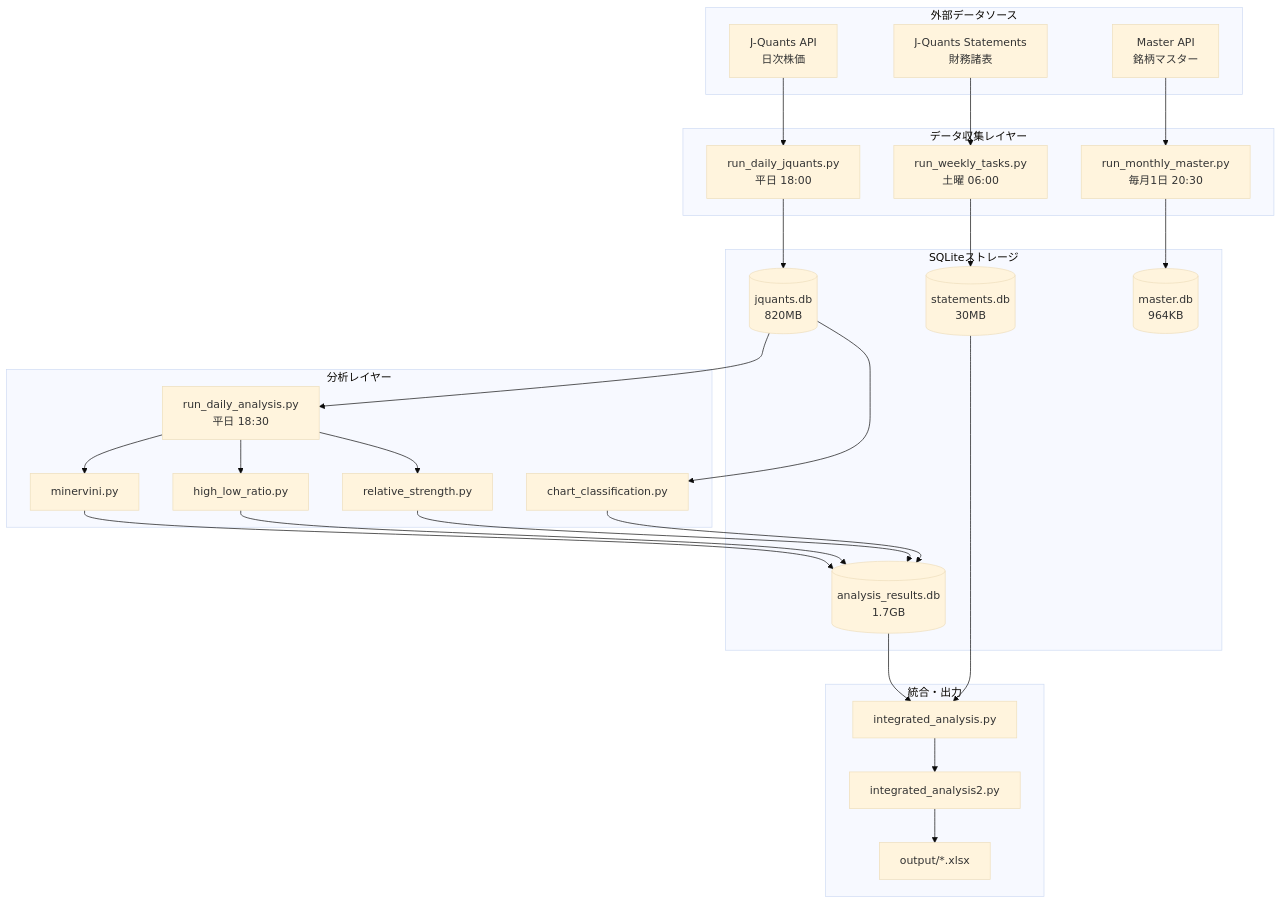
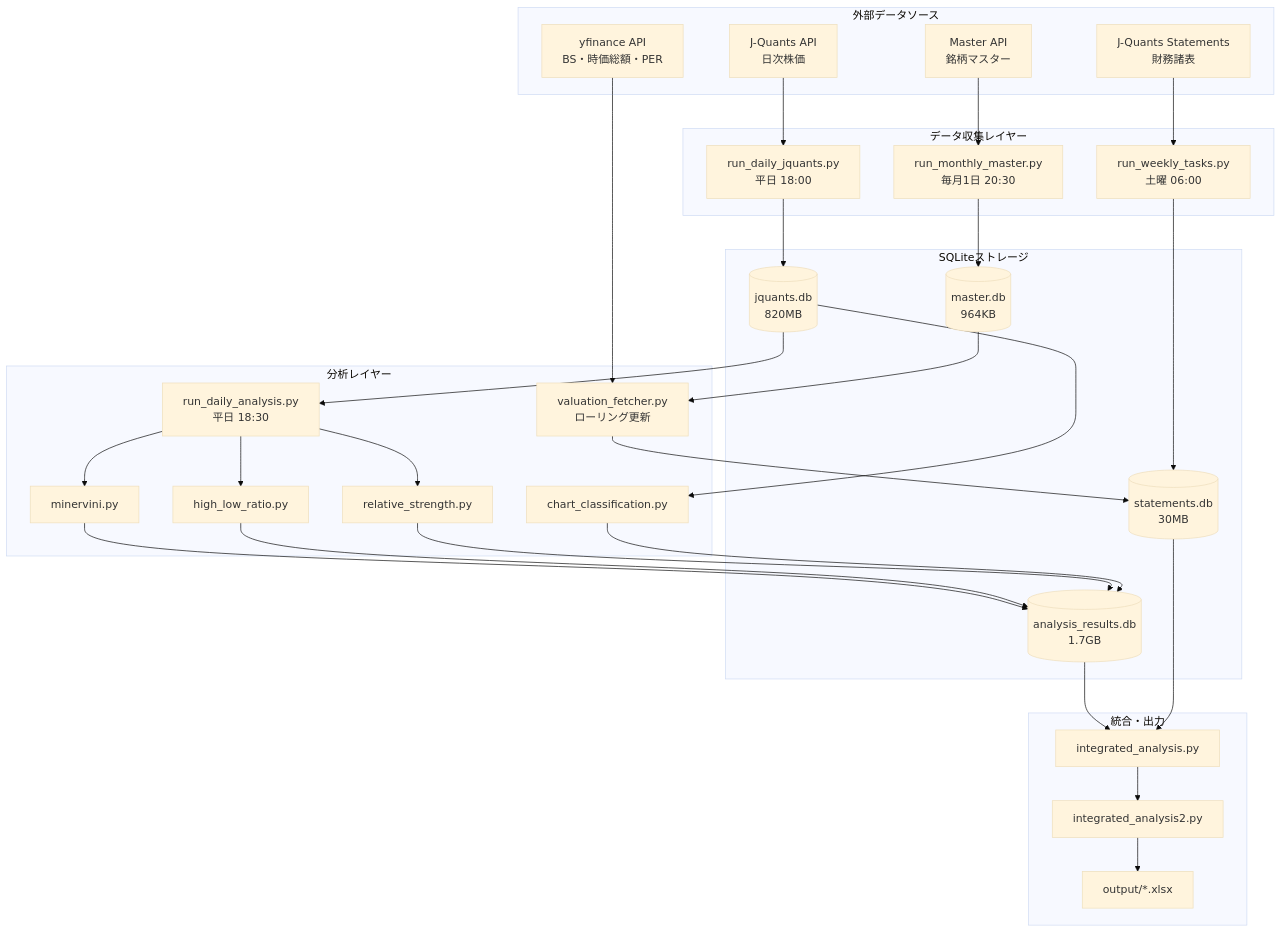
The first of 8 diagrams in docs/core/diagrams.md (aidotters/stock-analysis), drawn with Mermaid (base theme) before and after one commit. The commit also changed other lines of this file and 14 other files, not shown here.

````diff
--- a/docs/core/diagrams.md
+++ b/docs/core/diagrams.md
@@ -5,49 +5,53 @@
 ```mermaid
 flowchart TB
     subgraph External["外部データソース"]
         JQ[J-Quants API<br/>日次株価]
         JS[J-Quants Statements<br/>財務諸表]
         MA[Master API<br/>銘柄マスター]
+        YF[yfinance API<br/>BS・時価総額・PER]
     end
 
     subgraph Collection["データ収集レイヤー"]
         RDJ[run_daily_jquants.py<br/>平日 18:00]
         RWT[run_weekly_tasks.py<br/>土曜 06:00]
         RMM[run_monthly_master.py<br/>毎月1日 20:30]
     end
 
     subgraph Storage["SQLiteストレージ"]
         JDB[(jquants.db<br/>820MB)]
         SDB[(statements.db<br/>30MB)]
         MDB[(master.db<br/>964KB)]
         ADB[(analysis_results.db<br/>1.7GB)]
     end
 
     subgraph Analysis["分析レイヤー"]
         RDA[run_daily_analysis.py<br/>平日 18:30]
         MIN[minervini.py]
         HLR[high_low_ratio.py]
         RSP[relative_strength.py]
         CHR[chart_classification.py]
+        VF[valuation_fetcher.py<br/>ローリング更新]
     end
 
     subgraph Integration["統合・出力"]
         IA1[integrated_analysis.py]
         IA2[integrated_analysis2.py]
         OUT[output/*.xlsx]
     end
 
     JQ --> RDJ --> JDB
     JS --> RWT --> SDB
     MA --> RMM --> MDB
 
     JDB --> RDA
     RDA --> MIN --> ADB
     RDA --> HLR --> ADB
     RDA --> RSP --> ADB
     JDB --> CHR --> ADB
+    MDB --> VF
+    YF --> VF --> SDB
 
     ADB --> IA1
     SDB --> IA1
     IA1 --> IA2 --> OUT
 ```
````
